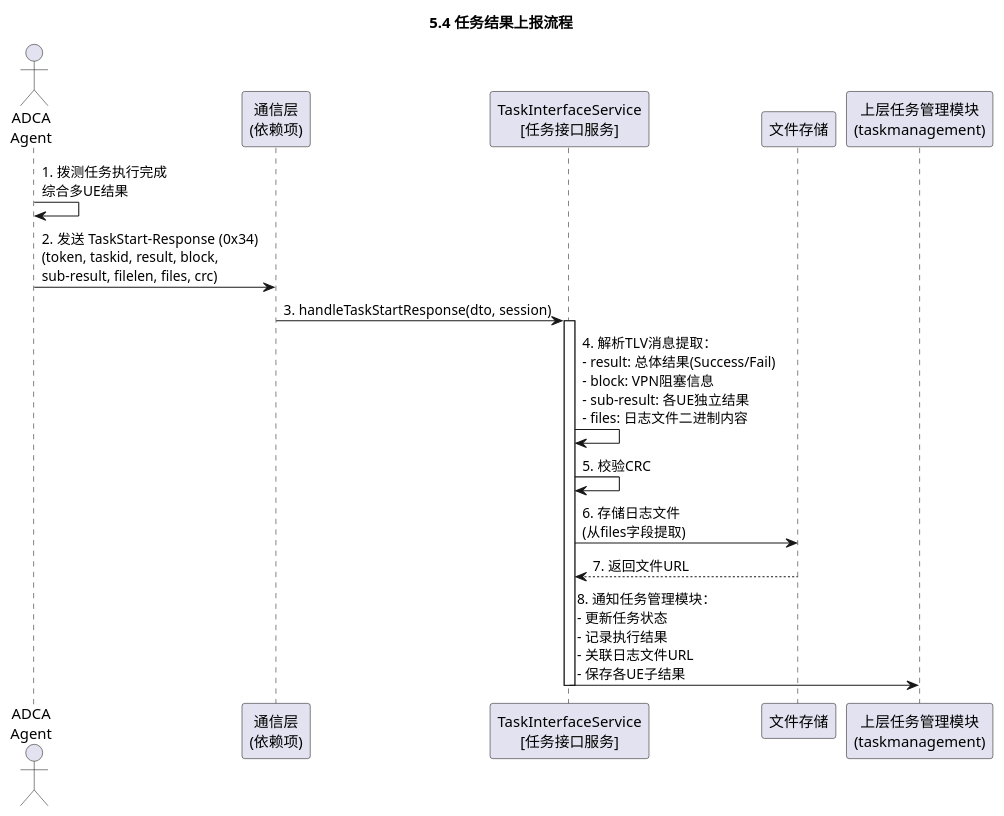
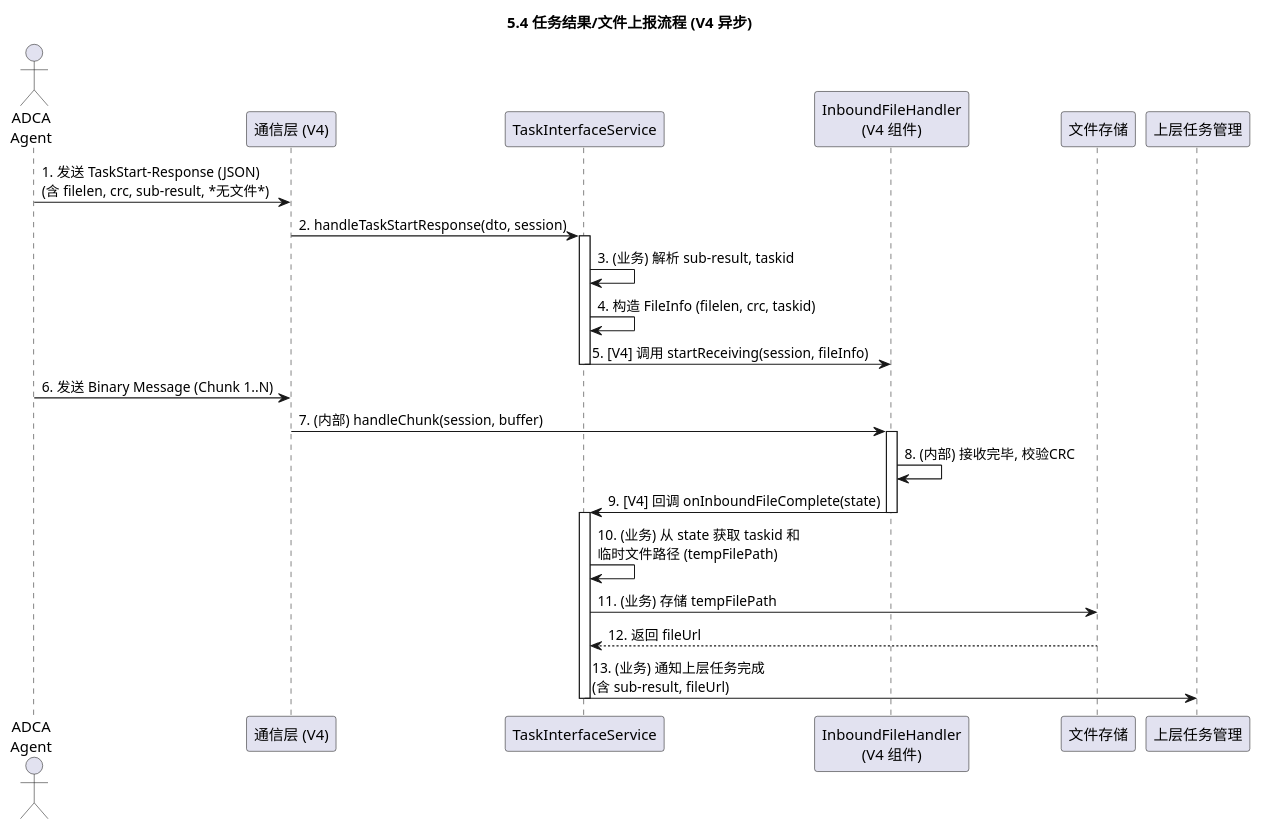
Before and after one commit to GuiHongli/DialTestCenter: the seventh of 10 diagrams in AR软件实现设计文档/执行机管理/执行机管理-业务逻辑设计.md, drawn with PlantUML. The commit also changed other lines of this file and 48 other files, not shown here.

````diff
--- a/AR软件实现设计文档/执行机管理/执行机管理-业务逻辑设计.md
+++ b/AR软件实现设计文档/执行机管理/执行机管理-业务逻辑设计.md
@@ -647,29 +585,40 @@
 ```plantuml
 @startuml
-title 5.4 任务结果上报流程
+title 5.4 任务结果/文件上报流程 (V4 异步)
 
 actor "ADCA\nAgent" as Agent
-participant "通信层\n(依赖项)" as CommLayer
-participant "TaskInterfaceService\n[任务接口服务]" as TaskService
+participant "通信层 (V4)" as CommLayer
+participant "TaskInterfaceService" as TaskService
+participant "InboundFileHandler\n(V4 组件)" as InboundHandler
 participant "文件存储" as Storage
-participant "上层任务管理模块\n(taskmanagement)" as TaskMgmt
+participant "上层任务管理" as TaskMgmt
 
-Agent -> Agent : 1. 拨测任务执行完成\n综合多UE结果
-
-Agent -> CommLayer : 2. 发送 TaskStart-Response (0x34)\n(token, taskid, result, block,\nsub-result, filelen, files, crc)
-
-CommLayer -> TaskService : 3. handleTaskStartResponse(dto, session)
+' 步骤 1: JSON 信令先到
+Agent -> CommLayer : 1. 发送 TaskStart-Response (JSON)\n(含 filelen, crc, sub-result, *无文件*)
+CommLayer -> TaskService : 2. handleTaskStartResponse(dto, session)
 
 activate TaskService
-    TaskService -> TaskService : 4. 解析TLV消息提取：\n- result: 总体结果(Success/Fail)\n- block: VPN阻塞信息\n- sub-result: 各UE独立结果\n- files: 日志文件二进制内容
-    
-    TaskService -> TaskService : 5. 校验CRC
-    
-    TaskService -> Storage : 6. 存储日志文件\n(从files字段提取)
-    Storage --> TaskService : 7. 返回文件URL
-    
-    TaskService -> TaskMgmt : 8. 通知任务管理模块：\n- 更新任务状态\n- 记录执行结果\n- 关联日志文件URL\n- 保存各UE子结果
+    TaskService -> TaskService : 3. (业务) 解析 sub-result, taskid
+    TaskService -> TaskService : 4. 构造 FileInfo (filelen, crc, taskid)
+    TaskService -> InboundHandler : 5. [V4] 调用 startReceiving(session, fileInfo)
 deactivate TaskService
 
+' 步骤 2: 二进制分片后到 (通信层处理)
+Agent -> CommLayer : 6. 发送 Binary Message (Chunk 1..N)
+CommLayer -> InboundHandler : 7. (内部) handleChunk(session, buffer)
+
+' 步骤 3: 文件接收完毕, 通信层回调业务层
+activate InboundHandler
+    InboundHandler -> InboundHandler : 8. (内部) 接收完毕, 校验CRC
+    InboundHandler -> TaskService : 9. [V4] 回调 onInboundFileComplete(state)
+deactivate InboundHandler
+
+' 步骤 4: 业务层在回调中处理后续
+activate TaskService
+    TaskService -> TaskService : 10. (业务) 从 state 获取 taskid 和\n临时文件路径 (tempFilePath)
+    TaskService -> Storage : 11. (业务) 存储 tempFilePath
+    Storage --> TaskService : 12. 返回 fileUrl
+    TaskService -> TaskMgmt : 13. (业务) 通知上层任务完成\n(含 sub-result, fileUrl)
+deactivate TaskService
 @enduml
 ```
````
